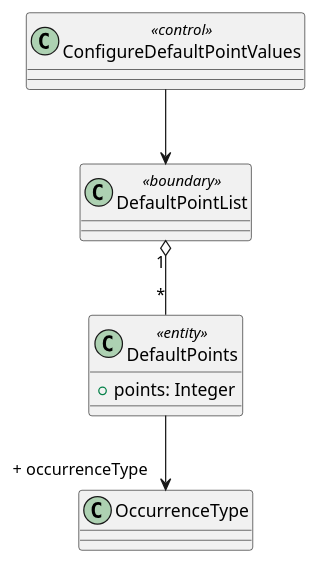
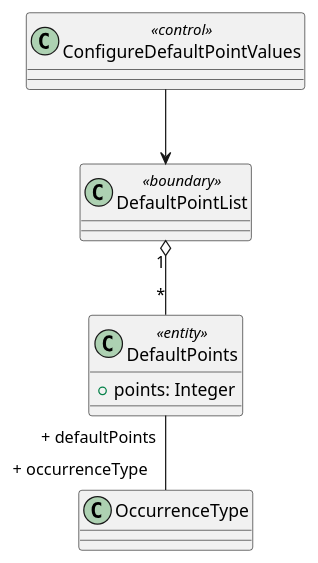
Before and after one commit to bmb0136/COMP-3700-Project: the second of 2 diagrams in Use Cases/ConfigureDefaultPointValues.iuml, drawn with PlantUML.

Commit message:
allow OccurrenceType to see its DefaultPoints

```diff
--- a/Use Cases/ConfigureDefaultPointValues.iuml
+++ b/Use Cases/ConfigureDefaultPointValues.iuml
@@ -25,10 +25,10 @@
 @startuml Configure Default Point Values Object Model
 class ConfigureDefaultPointValues <<control>> {}
 class DefaultPointList <<boundary>> {}
 ConfigureDefaultPointValues --> DefaultPointList
 class DefaultPoints <<entity>> {
   + points: Integer
 }
 DefaultPointList "1" o-- "*" DefaultPoints
-DefaultPoints --> "+ occurrenceType" OccurrenceType
+DefaultPoints "+ defaultPoints" -- "+ occurrenceType" OccurrenceType
 @enduml
```
